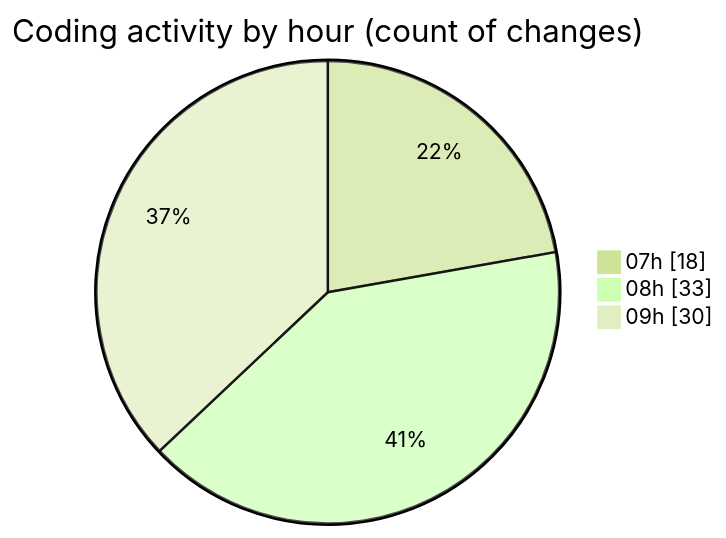
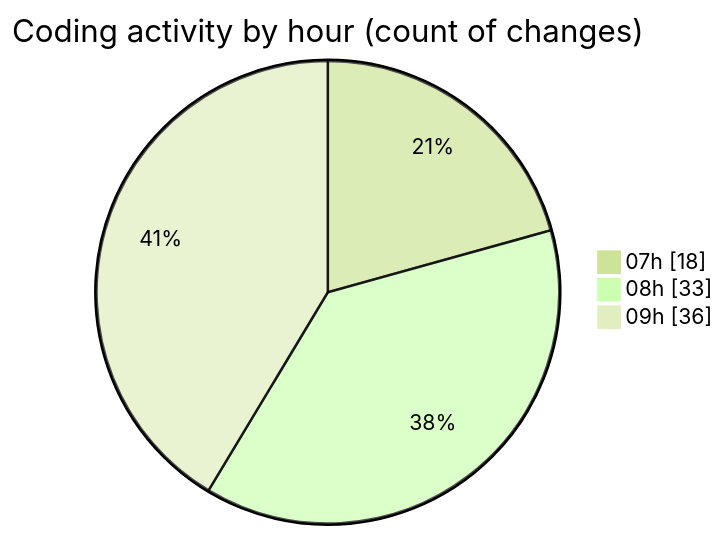
Before and after one commit to robertbonfada/code-tracking: the second of 2 diagrams in 2025-02-03/mbc-web/README.md, drawn with Mermaid (forest theme). The commit also changed other lines of this file and 1 other file, not shown here.

````diff
--- a/2025-02-03/mbc-web/README.md
+++ b/2025-02-03/mbc-web/README.md
@@ -43,7 +43,7 @@
 ```mermaid
 pie showData
 title Coding activity by hour (count of changes)
 "07h" : 18
 "08h" : 33
-"09h" : 30
+"09h" : 36
 ```
````
